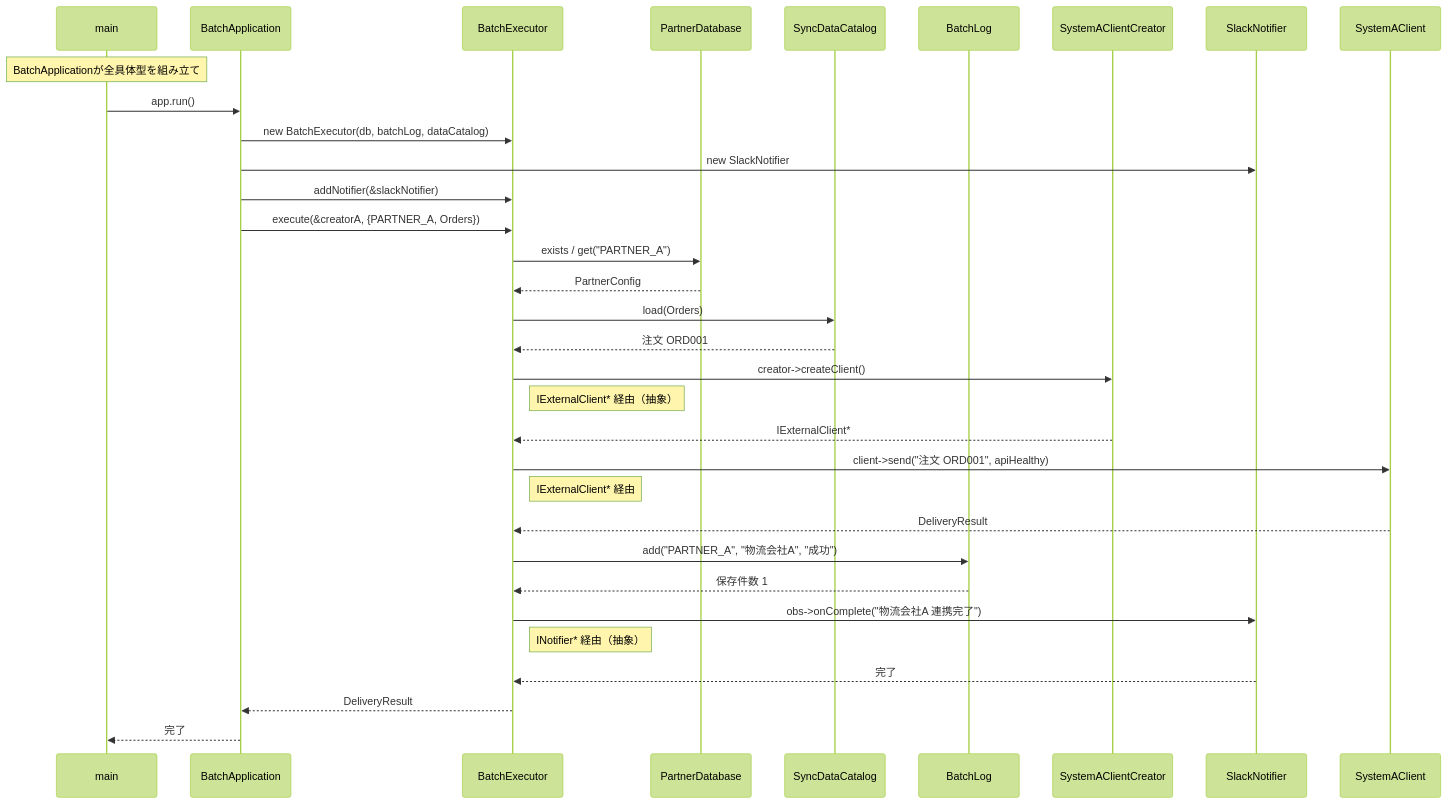
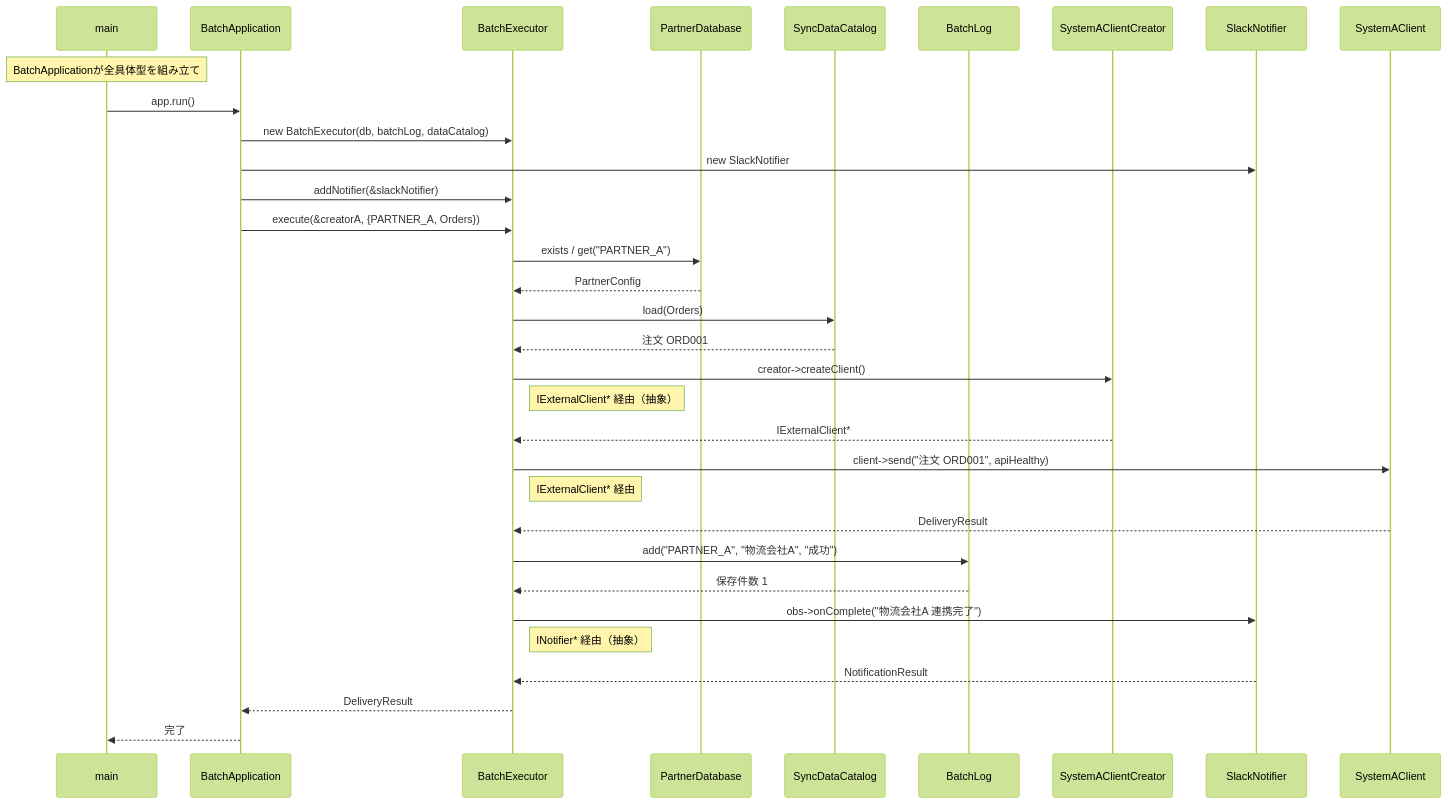
Before and after one commit to kumachan1101-pixel/DesignPattern: the ninth of 12 diagrams in kindle/design-patterns/output/chapter10.md, drawn with Mermaid (forest theme). The commit also changed other lines of this file and 18 other files, not shown here.

````diff
--- a/kindle/design-patterns/output/chapter10.md
+++ b/kindle/design-patterns/output/chapter10.md
@@ -2093,35 +2170,35 @@
 ```mermaid
 sequenceDiagram
     participant main
     participant BA as BatchApplication
     participant BE as BatchExecutor
     participant DB as PartnerDatabase
     participant DC as SyncDataCatalog
     participant BL as BatchLog
     participant AC as SystemAClientCreator
     participant SN as SlackNotifier
     participant SA as SystemAClient
     Note over main: BatchApplicationが全具体型を組み立て
     main->>BA: app.run()
     BA->>BE: new BatchExecutor(db, batchLog, dataCatalog)
     BA->>SN: new SlackNotifier
     BA->>BE: addNotifier(&slackNotifier)
     BA->>BE: execute(&creatorA, {PARTNER_A, Orders})
     BE->>DB: exists / get("PARTNER_A")
     DB-->>BE: PartnerConfig
     BE->>DC: load(Orders)
     DC-->>BE: 注文 ORD001
     BE->>AC: creator->createClient()
     Note right of BE: IExternalClient* 経由（抽象）
     AC-->>BE: IExternalClient*
     BE->>SA: client->send("注文 ORD001", apiHealthy)
     Note right of BE: IExternalClient* 経由
     SA-->>BE: DeliveryResult
     BE->>BL: add("PARTNER_A", "物流会社A", "成功")
     BL-->>BE: 保存件数 1
     BE->>SN: obs->onComplete("物流会社A 連携完了")
     Note right of BE: INotifier* 経由（抽象）
-    SN-->>BE: 完了
+    SN-->>BE: NotificationResult
     BE-->>BA: DeliveryResult
     BA-->>main: 完了
 ```
````
